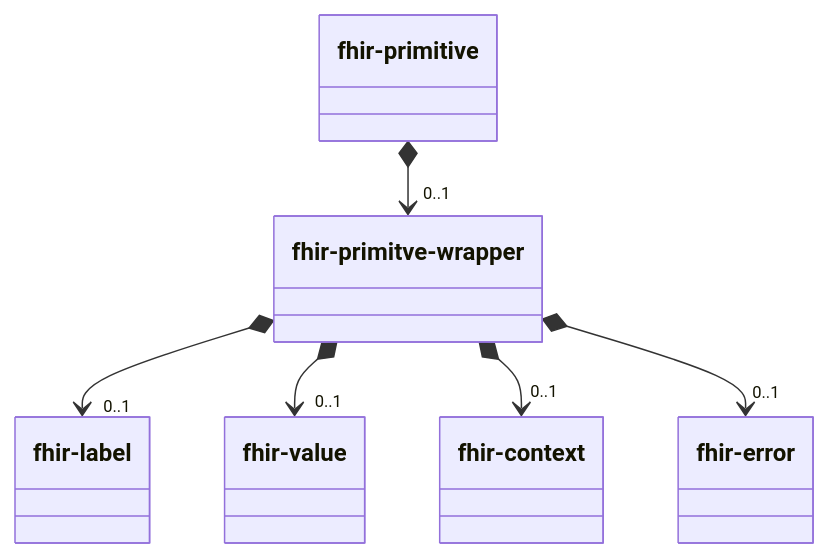
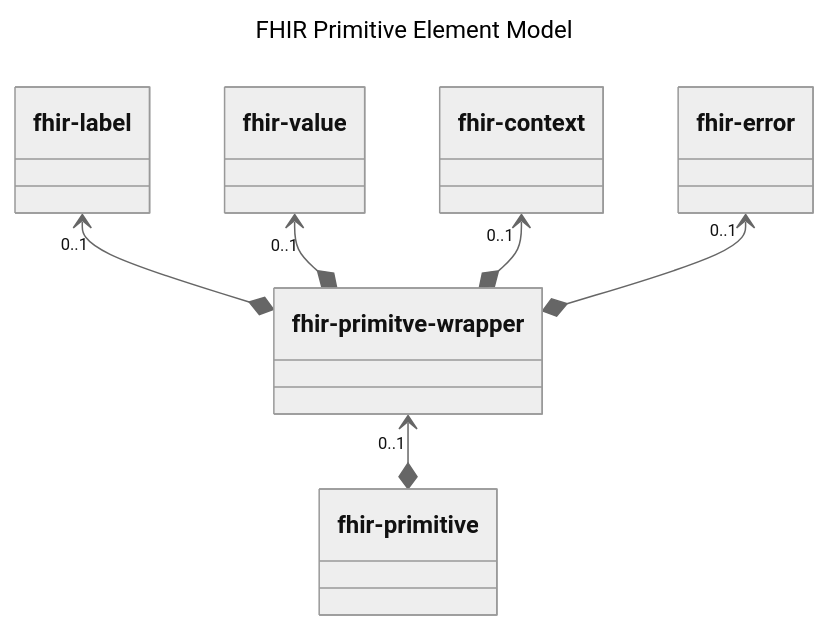
One commit to zenwork/fhir-beacon changed the second of 2 diagrams in packages/library/docs/model.md. Above: the diagram before and after it, drawn with Mermaid. The commit also changed other lines of this file, not shown here.

````diff
--- a/packages/library/docs/model.md
+++ b/packages/library/docs/model.md
@@ -20,8 +116,14 @@
 ```mermaid
+---
+title: FHIR Primitive Element Model
+config:
+  theme: neutral
+---
 classDiagram
+    direction BT
     fhir-primitive *--> "0..1" fhir-primitve-wrapper
     fhir-primitve-wrapper *--> "0..1" fhir-label
     fhir-primitve-wrapper *--> "0..1" fhir-value
     fhir-primitve-wrapper *--> "0..1" fhir-context
     fhir-primitve-wrapper *--> "0..1" fhir-error
 ```
````
